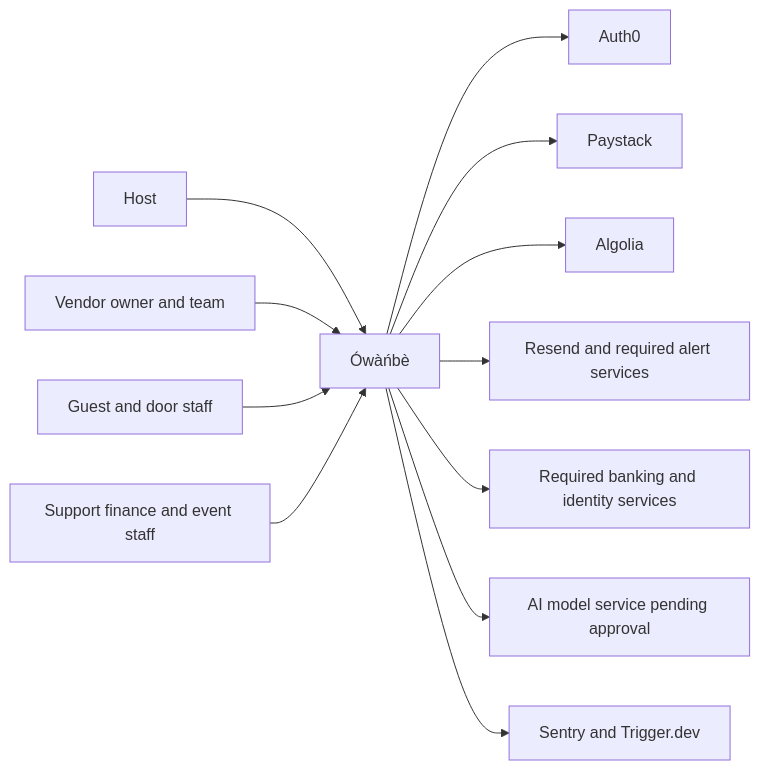
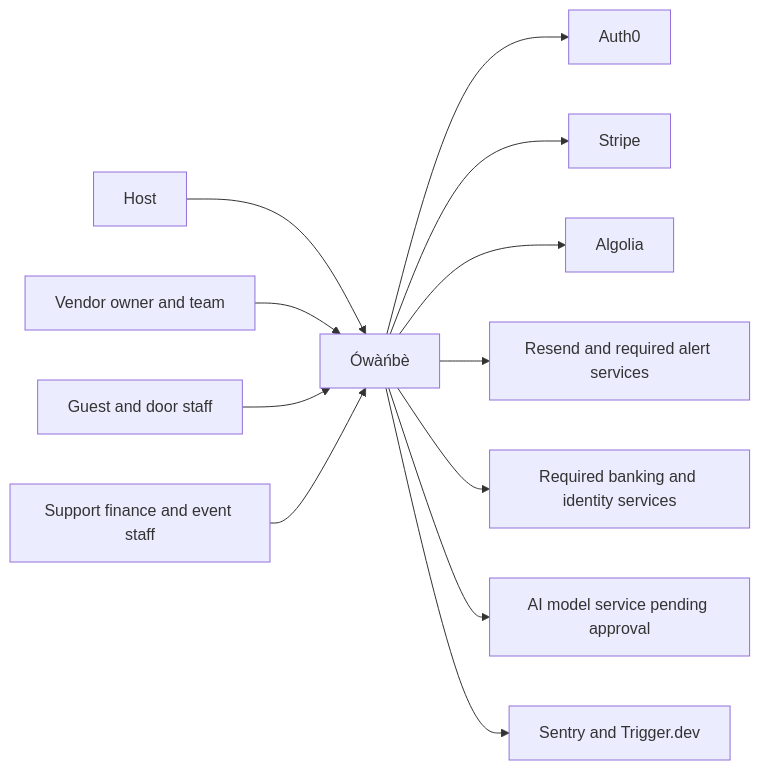
The first of 4 diagrams in blueprint/architecture.md (TheLionKing7/Owanbe), drawn with Mermaid before and after one commit. The commit also changed other lines of this file, not shown here.

````diff
--- a/blueprint/architecture.md
+++ b/blueprint/architecture.md
@@ -21,26 +21,26 @@
 ```mermaid
 flowchart LR
 Host["Host"]
 Vendor["Vendor owner and team"]
 Guest["Guest and door staff"]
 Staff["Support finance and event staff"]
 Product["Ówàńbè"]
 Identity["Auth0"]
-Payment["Paystack"]
+Payment["Stripe"]
 Discovery["Algolia"]
 Messaging["Resend and required alert services"]
 Required["Required banking and identity services"]
 Model["AI model service pending approval"]
 Operations["Sentry and Trigger.dev"]
 Host --> Product
 Vendor --> Product
 Guest --> Product
 Staff --> Product
 Product --> Identity
 Product --> Payment
 Product --> Discovery
 Product --> Messaging
 Product --> Required
 Product --> Model
 Product --> Operations
 ```
````
